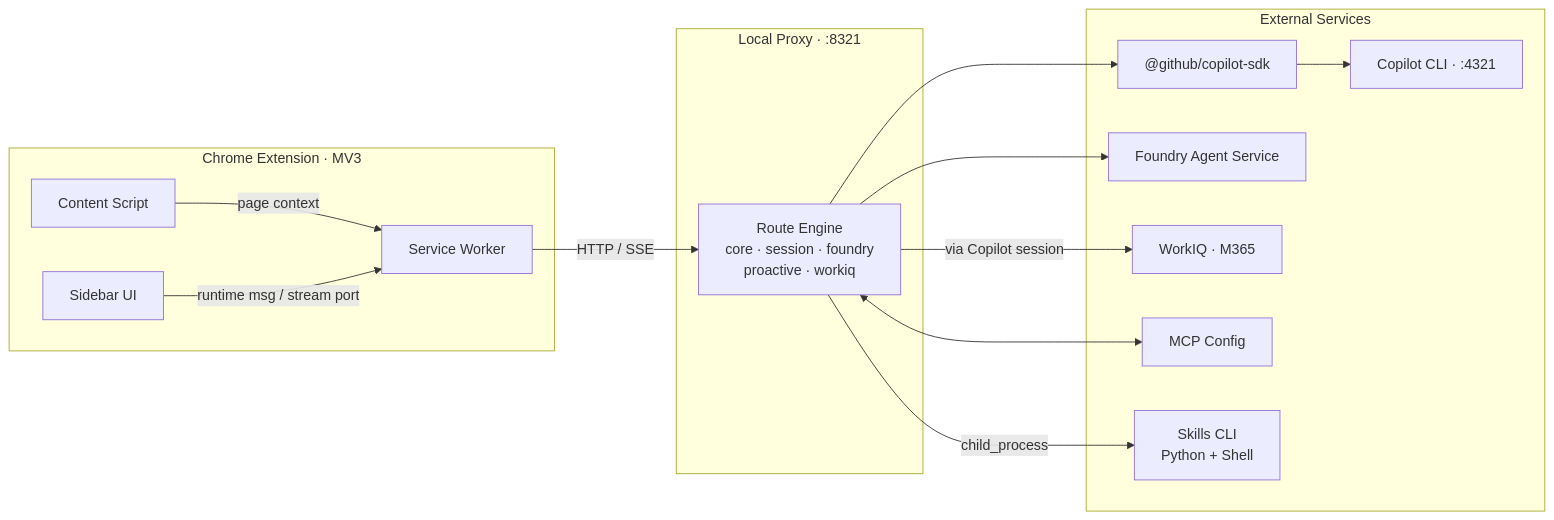
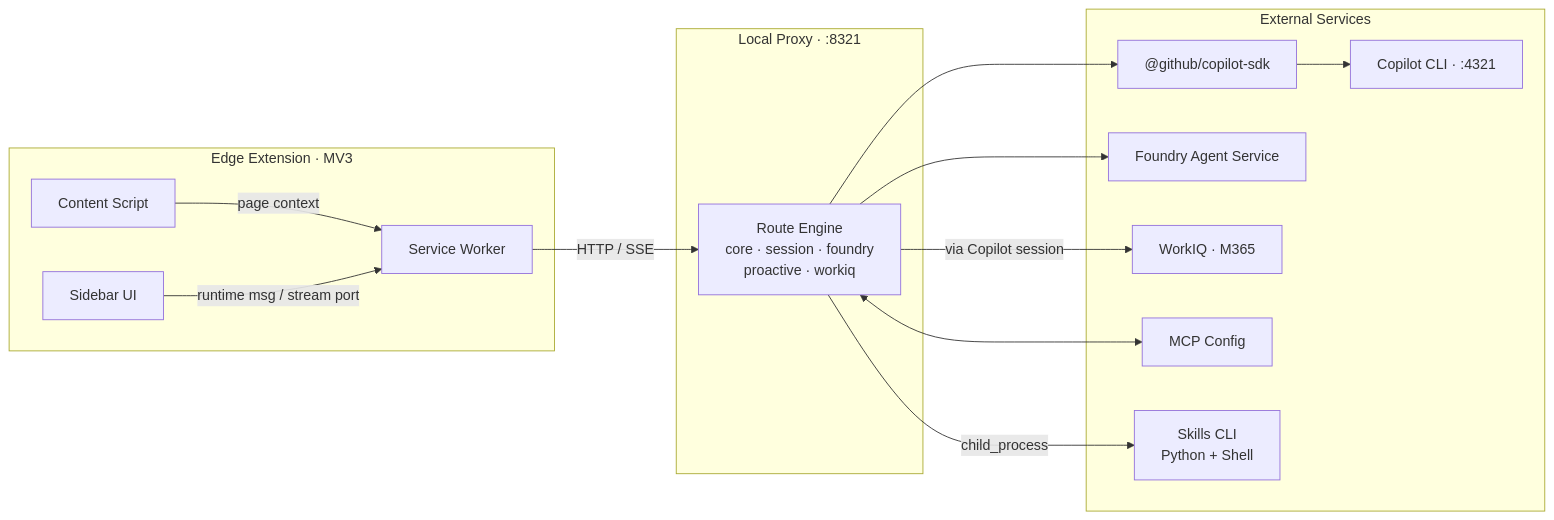
Before and after one commit to payton-chou-ms/browser-ext-for-iq-agent: the first of 4 diagrams in TECH.md, drawn with Mermaid. The commit also changed other lines of this file and 11 other files, not shown here.

Commit message:
feat: Update extension references from Chrome to Edge, enhance TypeScript types, and improve ESLint configuration

````diff
--- a/TECH.md
+++ b/TECH.md
@@ -14,30 +14,30 @@
 ```mermaid
 flowchart LR
-  subgraph Extension["Chrome Extension · MV3"]
+  subgraph Extension["Edge Extension · MV3"]
     SP["Sidebar UI"]
     BG["Service Worker"]
     CS["Content Script"]
   end
 
   subgraph Proxy["Local Proxy · :8321"]
     RT["Route Engine<br/>core · session · foundry<br/>proactive · workiq"]
   end
 
   subgraph External["External Services"]
     SDK["@github/copilot-sdk"]
     CLI["Copilot CLI · :4321"]
     FD["Foundry Agent Service"]
     WIQ["WorkIQ · M365"]
     MCP["MCP Config"]
     SK["Skills CLI<br/>Python + Shell"]
   end
 
   CS -- page context --> BG
   SP -- runtime msg / stream port --> BG
   BG -- HTTP / SSE --> RT
   RT --> SDK --> CLI
   RT --> FD
   RT -- via Copilot session --> WIQ
   RT <--> MCP
   RT -- child_process --> SK
 ```
````
